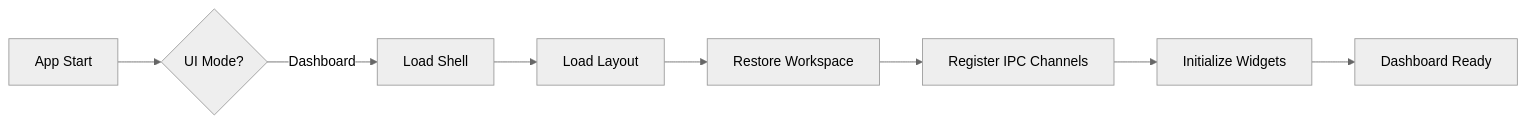
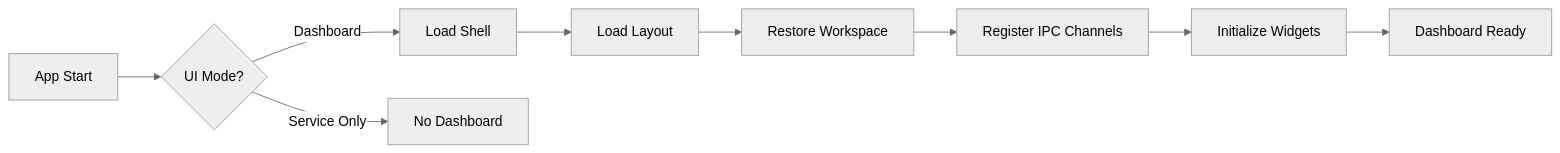
Before and after one commit to pavan53732/Apex-Arbitrage-Multichain-bot-for-windows: the first of 2 diagrams in docs/DASHBOARD-RUNTIME.md, drawn with Mermaid (neutral theme). The commit also changed other lines of this file and 3 other files, not shown here.

````diff
--- a/docs/DASHBOARD-RUNTIME.md
+++ b/docs/DASHBOARD-RUNTIME.md
@@ -16,10 +16,11 @@
 ```mermaid
 flowchart LR
     A[App Start] --> B{UI Mode?}
     B -->|Dashboard| C[Load Shell]
+    B -->|Service Only| S[No Dashboard]
     C --> D[Load Layout]
     D --> E[Restore Workspace]
     E --> F[Register IPC Channels]
     F --> G[Initialize Widgets]
     G --> H[Dashboard Ready]
 ```
````
